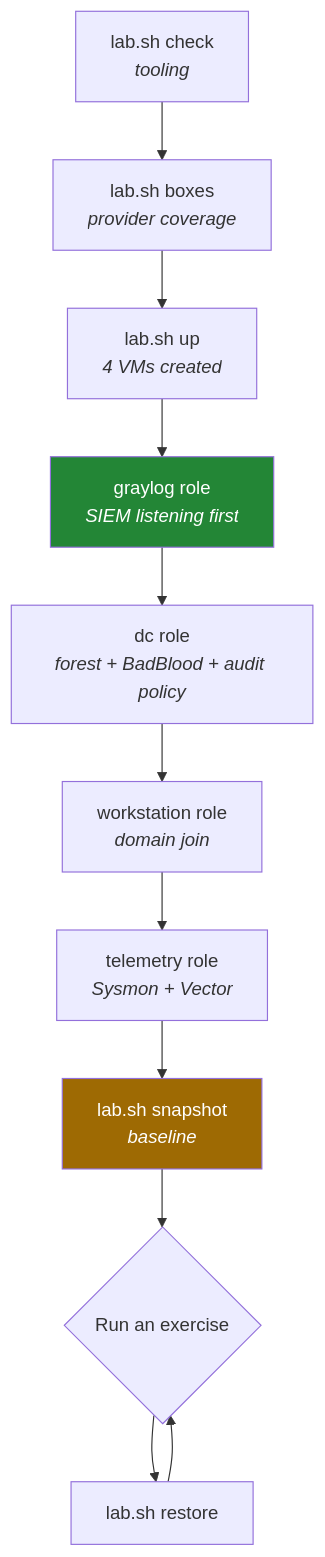
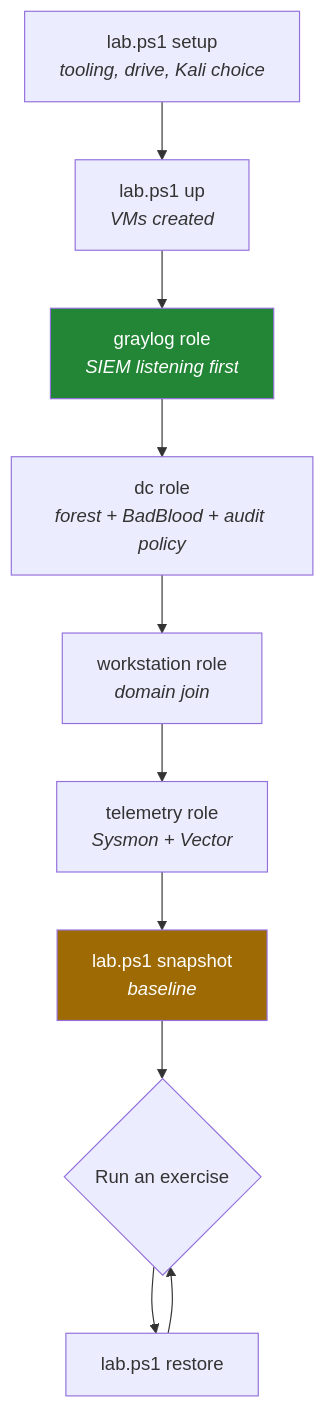
The third of 3 diagrams in docs/architecture.md (zebracherry/PurpleForest), drawn with Mermaid before and after one commit. The commit also changed 5 other files, not shown here.

````diff
--- a/docs/architecture.md
+++ b/docs/architecture.md
@@ -99,16 +99,15 @@
 ```mermaid
 flowchart TD
-    A[lab.sh check<br/><i>tooling</i>] --> B[lab.sh boxes<br/><i>provider coverage</i>]
-    B --> C[lab.sh up<br/><i>4 VMs created</i>]
+    A[lab.ps1 setup<br/><i>tooling, drive, Kali choice</i>] --> C[lab.ps1 up<br/><i>VMs created</i>]
     C --> D[graylog role<br/><i>SIEM listening first</i>]
     D --> E[dc role<br/><i>forest + BadBlood + audit policy</i>]
     E --> F[workstation role<br/><i>domain join</i>]
     F --> G[telemetry role<br/><i>Sysmon + Vector</i>]
-    G --> H[lab.sh snapshot<br/><i>baseline</i>]
+    G --> H[lab.ps1 snapshot<br/><i>baseline</i>]
     H --> I{Run an exercise}
-    I --> J[lab.sh restore]
+    I --> J[lab.ps1 restore]
     J --> I
 
     style D fill:#238636,color:#fff
     style H fill:#9e6a03,color:#fff
 ```
````
